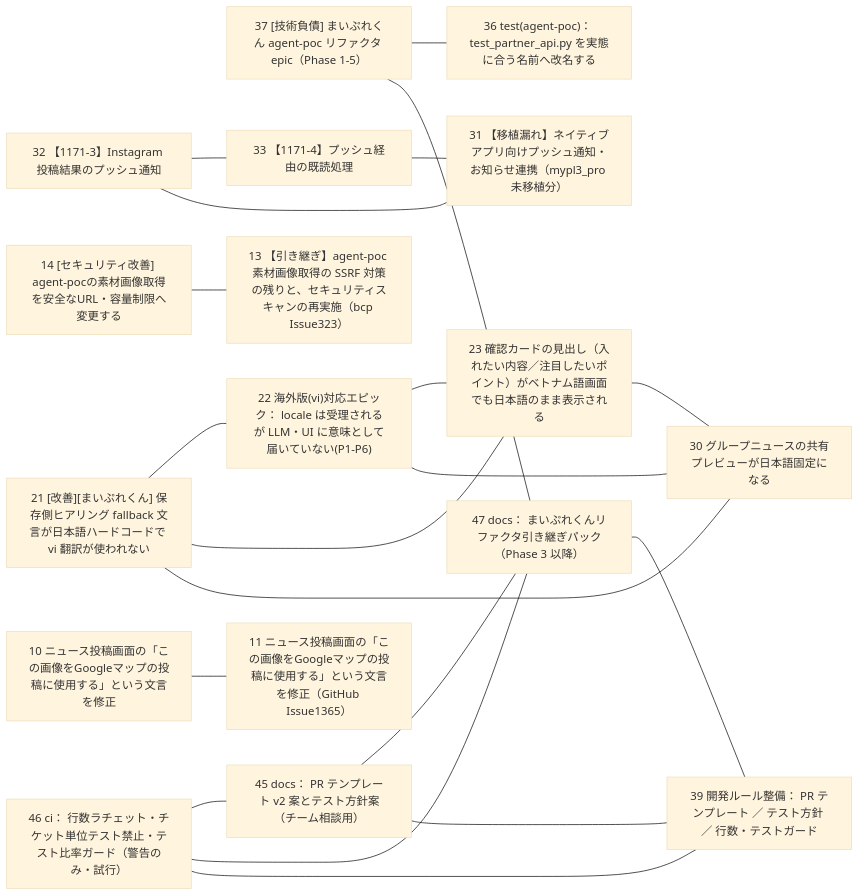
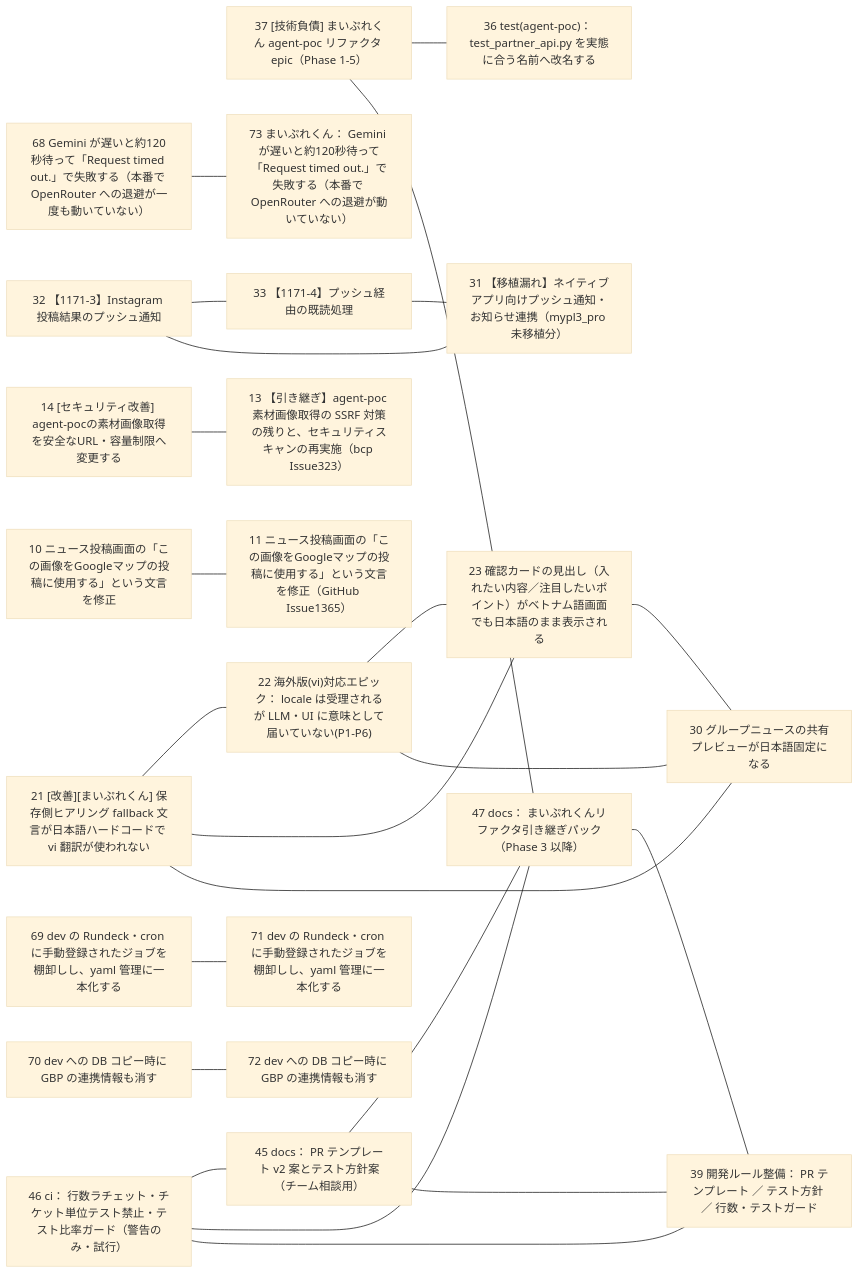
The diagram in tasks/関連図.md (FLNYoshidaRyuta/task_management), drawn with Mermaid (base theme) before and after one commit. The commit also changed 17 other files, not shown here.

````diff
--- a/tasks/関連図.md
+++ b/tasks/関連図.md
@@ -3,39 +3,48 @@
 ```mermaid
 flowchart LR
-    T0["37 [技術負債] まいぷれくん agent-poc リファクタ epic（Phase 1-5）"]
-    T1["36 test(agent-poc)： test_partner_api.py を実態に合う名前へ改名する"]
-    T2["21 [改善][まいぷれくん] 保存側ヒアリング fallback 文言が日本語ハードコードで vi 翻訳が使われない"]
-    T3["22 海外版(vi)対応エピック： locale は受理されるが LLM・UI に意味として届いていない(P1-P6)"]
-    T4["23 確認カードの見出し（入れたい内容／注目したいポイント）がベトナム語画面でも日本語のまま表示される"]
-    T5["32 【1171-3】Instagram 投稿結果のプッシュ通知"]
-    T6["33 【1171-4】プッシュ経由の既読処理"]
-    T7["31 【移植漏れ】ネイティブアプリ向けプッシュ通知・お知らせ連携（mypl3_pro 未移植分）"]
-    T8["30 グループニュースの共有プレビューが日本語固定になる"]
-    T9["14 [セキュリティ改善] agent-pocの素材画像取得を安全なURL・容量制限へ変更する"]
-    T10["13 【引き継ぎ】agent-poc 素材画像取得の SSRF 対策の残りと、セキュリティスキャンの再実施（bcp Issue323）"]
-    T11["10 ニュース投稿画面の「この画像をGoogleマップの投稿に使用する」という文言を修正"]
-    T12["11 ニュース投稿画面の「この画像をGoogleマップの投稿に使用する」という文言を修正（GitHub Issue1365）"]
-    T13["46 ci： 行数ラチェット・チケット単位テスト禁止・テスト比率ガード（警告のみ・試行）"]
-    T14["45 docs： PR テンプレート v2 案とテスト方針案（チーム相談用）"]
-    T15["47 docs： まいぷれくんリファクタ引き継ぎパック（Phase 3 以降）"]
-    T16["39 開発ルール整備： PR テンプレート ／ テスト方針 ／ 行数・テストガード"]
-    T0 --- T1
-    T0 --- T15
-    T2 --- T3
-    T2 --- T4
-    T2 --- T8
-    T3 --- T4
-    T3 --- T8
-    T4 --- T8
+    T0["68 Gemini が遅いと約120秒待って「Request timed out.」で失敗する（本番で OpenRouter への退避が一度も動いていない）"]
+    T1["37 [技術負債] まいぷれくん agent-poc リファクタ epic（Phase 1-5）"]
+    T2["36 test(agent-poc)： test_partner_api.py を実態に合う名前へ改名する"]
+    T3["21 [改善][まいぷれくん] 保存側ヒアリング fallback 文言が日本語ハードコードで vi 翻訳が使われない"]
+    T4["73 まいぷれくん： Gemini が遅いと約120秒待って「Request timed out.」で失敗する（本番で OpenRouter への退避が動いていない）"]
+    T5["22 海外版(vi)対応エピック： locale は受理されるが LLM・UI に意味として届いていない(P1-P6)"]
+    T6["23 確認カードの見出し（入れたい内容／注目したいポイント）がベトナム語画面でも日本語のまま表示される"]
+    T7["32 【1171-3】Instagram 投稿結果のプッシュ通知"]
+    T8["33 【1171-4】プッシュ経由の既読処理"]
+    T9["31 【移植漏れ】ネイティブアプリ向けプッシュ通知・お知らせ連携（mypl3_pro 未移植分）"]
+    T10["30 グループニュースの共有プレビューが日本語固定になる"]
+    T11["14 [セキュリティ改善] agent-pocの素材画像取得を安全なURL・容量制限へ変更する"]
+    T12["13 【引き継ぎ】agent-poc 素材画像取得の SSRF 対策の残りと、セキュリティスキャンの再実施（bcp Issue323）"]
+    T13["10 ニュース投稿画面の「この画像をGoogleマップの投稿に使用する」という文言を修正"]
+    T14["11 ニュース投稿画面の「この画像をGoogleマップの投稿に使用する」という文言を修正（GitHub Issue1365）"]
+    T15["69 dev の Rundeck・cron に手動登録されたジョブを棚卸しし、yaml 管理に一本化する"]
+    T16["70 dev への DB コピー時に GBP の連携情報も消す"]
+    T17["46 ci： 行数ラチェット・チケット単位テスト禁止・テスト比率ガード（警告のみ・試行）"]
+    T18["71 dev の Rundeck・cron に手動登録されたジョブを棚卸しし、yaml 管理に一本化する"]
+    T19["72 dev への DB コピー時に GBP の連携情報も消す"]
+    T20["45 docs： PR テンプレート v2 案とテスト方針案（チーム相談用）"]
+    T21["47 docs： まいぷれくんリファクタ引き継ぎパック（Phase 3 以降）"]
+    T22["39 開発ルール整備： PR テンプレート ／ テスト方針 ／ 行数・テストガード"]
+    T0 --- T4
+    T1 --- T2
+    T1 --- T21
+    T3 --- T5
+    T3 --- T6
+    T3 --- T10
     T5 --- T6
-    T5 --- T7
-    T6 --- T7
-    T9 --- T10
+    T5 --- T10
+    T6 --- T10
+    T7 --- T8
+    T7 --- T9
+    T8 --- T9
     T11 --- T12
     T13 --- T14
-    T13 --- T15
-    T13 --- T16
-    T14 --- T15
-    T14 --- T16
-    T15 --- T16
+    T15 --- T18
+    T16 --- T19
+    T17 --- T20
+    T17 --- T21
+    T17 --- T22
+    T20 --- T21
+    T20 --- T22
+    T21 --- T22
 ```
````
